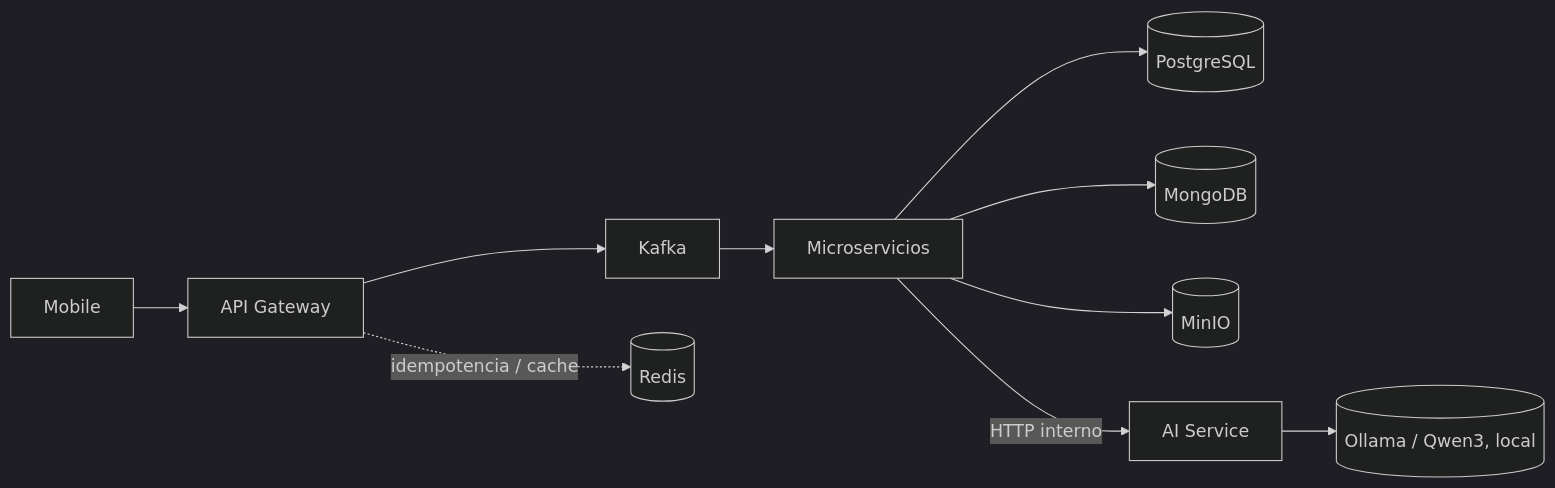
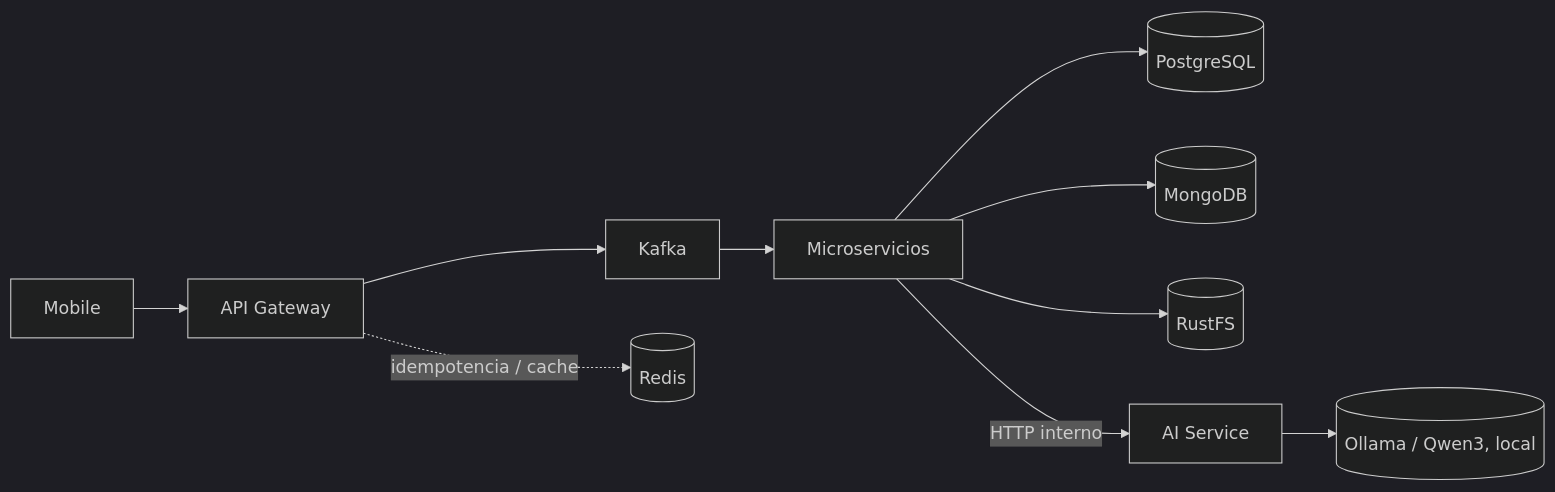
Before and after one commit to kairos-Tech-UY/.github: the diagram in profile/README.md, drawn with Mermaid (dark theme). The commit also changed other lines of this file, not shown here.

First line of the commit message:
docs: corregir diagrama (RustFS en vez de MinIO) y justificar stack

````diff
--- a/profile/README.md
+++ b/profile/README.md
@@ -25,12 +25,12 @@
 ```mermaid
 flowchart LR
     M[Mobile] --> G[API Gateway]
     G --> K[Kafka]
     G -.idempotencia / cache.-> R[(Redis)]
     K --> S[Microservicios]
     S --> P[(PostgreSQL)]
     S --> O[(MongoDB)]
-    S --> I[(MinIO)]
+    S --> I[(RustFS)]
     S -->|HTTP interno| AI[AI Service]
     AI --> OL[(Ollama / Qwen3, local)]
 ```
````
